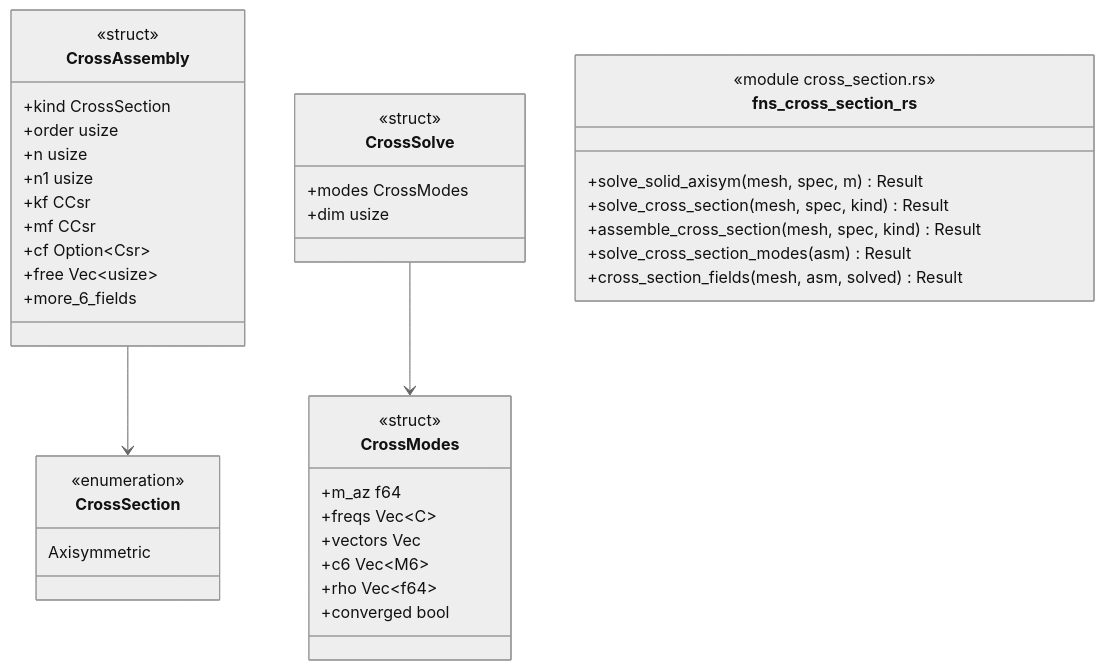
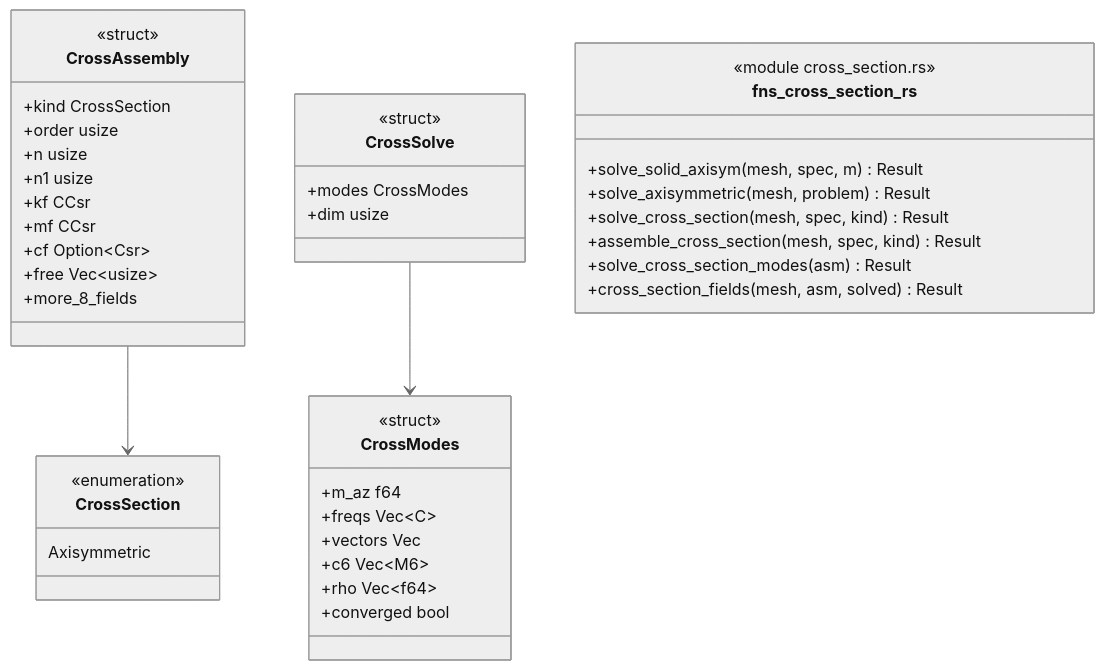
The diagram in docs/architecture/c4/4-code/sms/crosssection.md (p-j-r/nyx), drawn with Mermaid (neutral theme) before and after one commit. The commit also changed other lines of this file and 60 other files, not shown here.

````diff
--- a/docs/architecture/c4/4-code/sms/crosssection.md
+++ b/docs/architecture/c4/4-code/sms/crosssection.md
@@ -36,43 +37,44 @@
 ```mermaid
 classDiagram
   class CrossModes {
       <<struct>>
       +m_az f64
       +freqs Vec~C~
       +vectors Vec
       +c6 Vec~M6~
       +rho Vec~f64~
       +converged bool
   }
   class CrossSection {
       <<enumeration>>
       Axisymmetric
   }
   class CrossAssembly {
       <<struct>>
       +kind CrossSection
       +order usize
       +n usize
       +n1 usize
       +kf CCsr
       +mf CCsr
       +cf Option~Csr~
       +free Vec~usize~
-      +more_6_fields
+      +more_8_fields
   }
   class CrossSolve {
       <<struct>>
       +modes CrossModes
       +dim usize
   }
   class fns_cross_section_rs {
       <<module cross_section.rs>>
       +solve_solid_axisym(mesh, spec, m) Result
+      +solve_axisymmetric(mesh, problem) Result
       +solve_cross_section(mesh, spec, kind) Result
       +assemble_cross_section(mesh, spec, kind) Result
       +solve_cross_section_modes(asm) Result
       +cross_section_fields(mesh, asm, solved) Result
   }
   CrossAssembly --> CrossSection
   CrossSolve --> CrossModes
 ```
````
